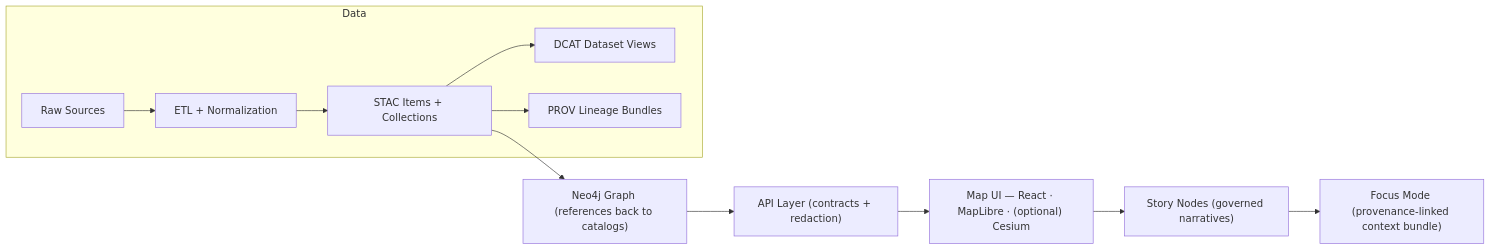
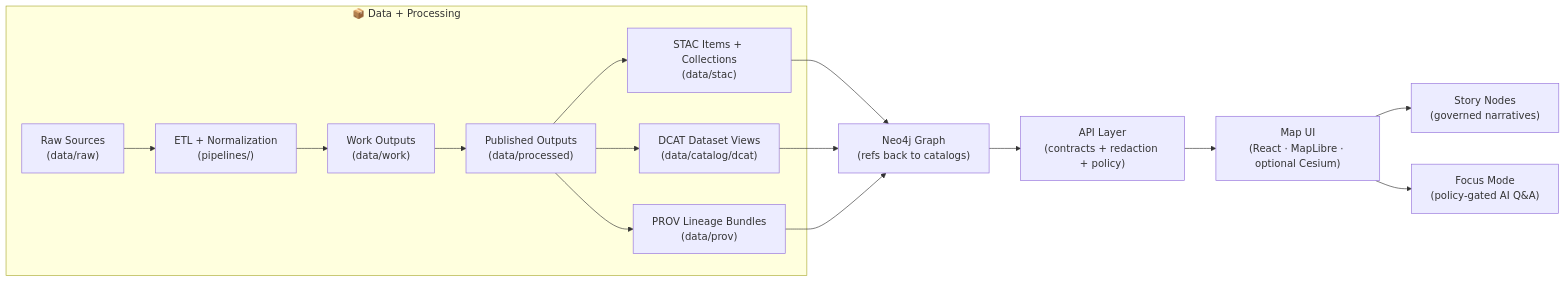
The first of 2 diagrams in README.md (bartytime4life/Kansas-Frontier-Matrix), drawn with Mermaid before and after one commit. The commit also changed other lines of this file, not shown here.

````diff
--- a/README.md
+++ b/README.md
@@ -92,15 +147,20 @@
 ```mermaid
 flowchart LR
-  subgraph Data
-    A["Raw Sources"] --> B["ETL + Normalization"]
-    B --> C["STAC Items + Collections"]
-    C --> D["DCAT Dataset Views"]
-    C --> E["PROV Lineage Bundles"]
+  subgraph Data["📦 Data + Processing"]
+    A["Raw Sources<br/>(data/raw)"] --> B["ETL + Normalization<br/>(pipelines/)"]
+    B --> W["Work Outputs<br/>(data/work)"]
+    W --> P["Published Outputs<br/>(data/processed)"]
+    P --> C["STAC Items + Collections<br/>(data/stac)"]
+    P --> D["DCAT Dataset Views<br/>(data/catalog/dcat)"]
+    P --> E["PROV Lineage Bundles<br/>(data/prov)"]
   end
 
-  C --> G["Neo4j Graph (references back to catalogs)"]
-  G --> H["API Layer (contracts + redaction)"]
-  H --> I["Map UI — React · MapLibre · (optional) Cesium"]
-  I --> J["Story Nodes (governed narratives)"]
-  J --> K["Focus Mode (provenance-linked context bundle)"]
+  C --> G["Neo4j Graph<br/>(refs back to catalogs)"]
+  D --> G
+  E --> G
+
+  G --> H["API Layer<br/>(contracts + redaction + policy)"]
+  H --> I["Map UI<br/>(React · MapLibre · optional Cesium)"]
+  I --> J["Story Nodes<br/>(governed narratives)"]
+  I --> K["Focus Mode<br/>(policy-gated AI Q&A)"]
 ```
````
